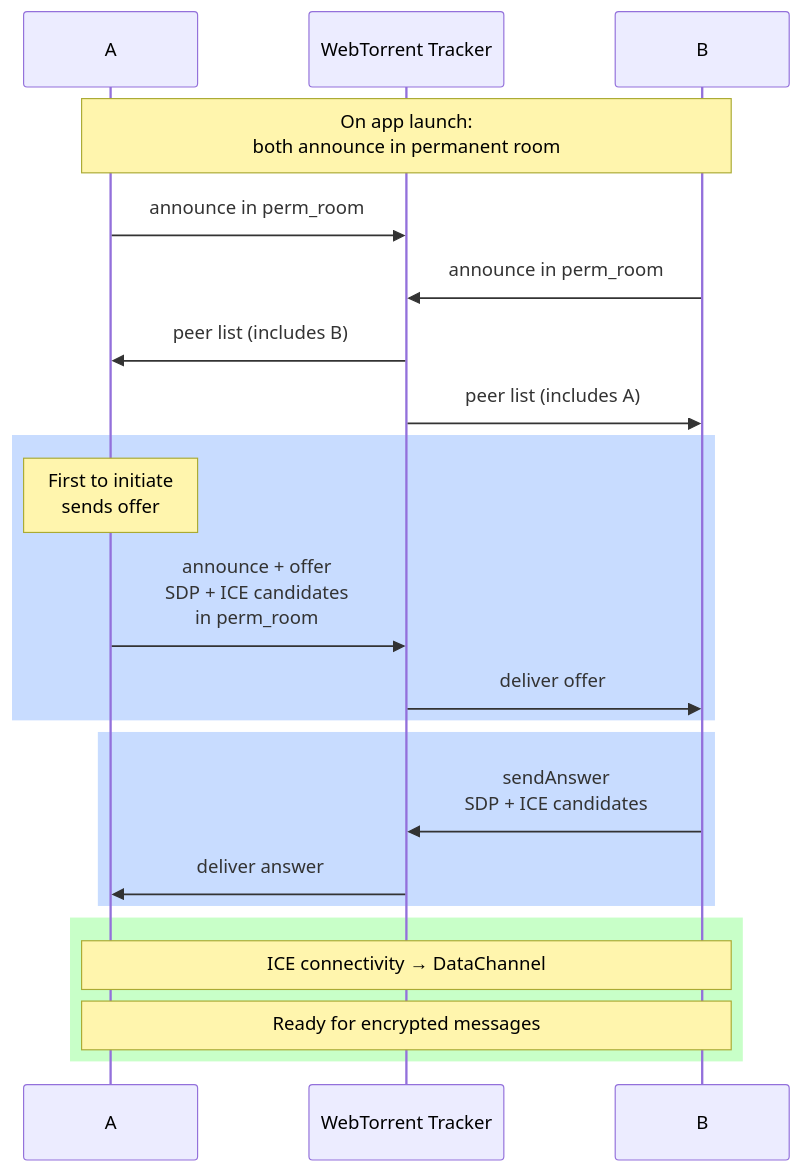
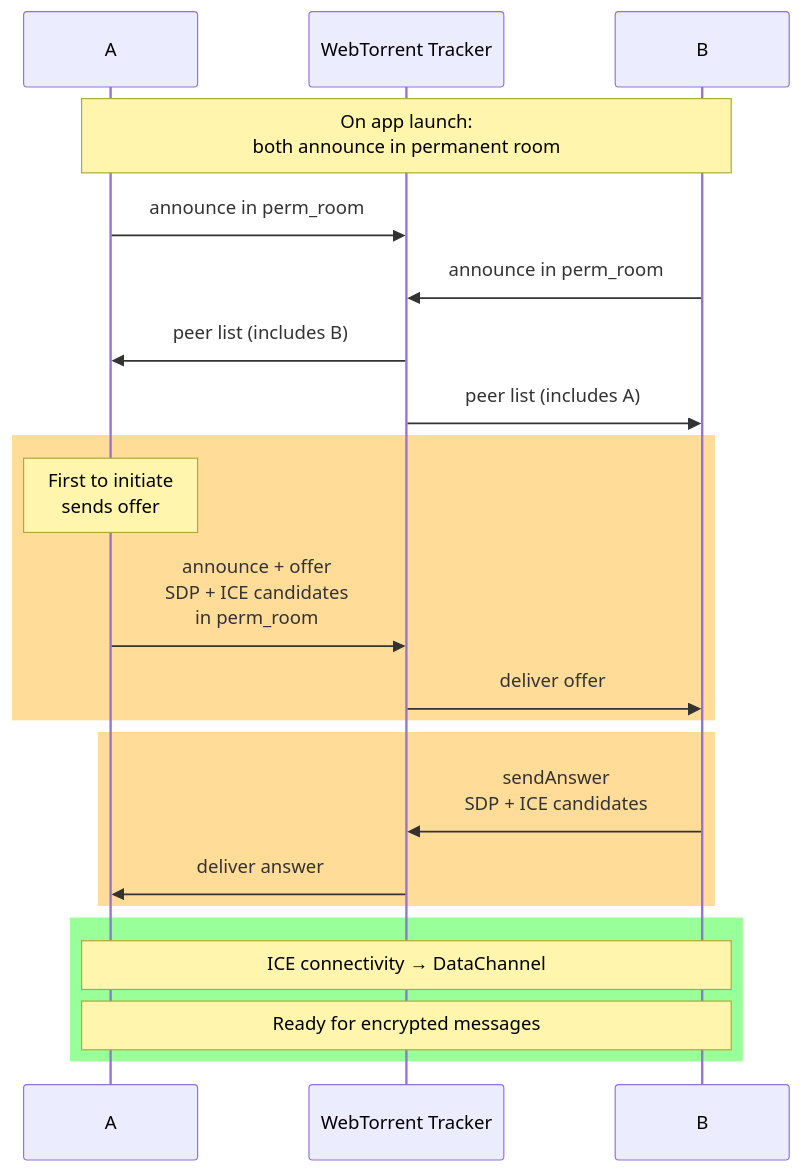
The fourth of 8 diagrams in README.md (davidevecchi/TruSTI), drawn with Mermaid before and after one commit. The commit also changed other lines of this file, not shown here.

````diff
--- a/README.md
+++ b/README.md
@@ -170,29 +178,29 @@
 ```mermaid
 sequenceDiagram
     participant A as A
     participant Tracker as WebTorrent Tracker
     participant B as B
 
     Note over A,B: On app launch:<br/>both announce in permanent room
 
     A->>Tracker: announce in perm_room
     B->>Tracker: announce in perm_room
     Tracker->>A: peer list (includes B)
     Tracker->>B: peer list (includes A)
 
-    rect rgb(200,220,255)
+    rect rgba(255, 170, 0, 0.4)
     Note over A: First to initiate<br/>sends offer
     A->>Tracker: announce + offer<br/>SDP + ICE candidates<br/>in perm_room
     Tracker->>B: deliver offer
     end
 
-    rect rgb(200,220,255)
+    rect rgba(255, 170, 0, 0.4)
     B->>Tracker: sendAnswer<br/>SDP + ICE candidates
     Tracker->>A: deliver answer
     end
 
-    rect rgb(200,255,200)
+    rect rgba(0, 255, 0, 0.4)
     Note over A,B: ICE connectivity → DataChannel
     Note over A,B: Ready for encrypted messages
     end
 ```
````
